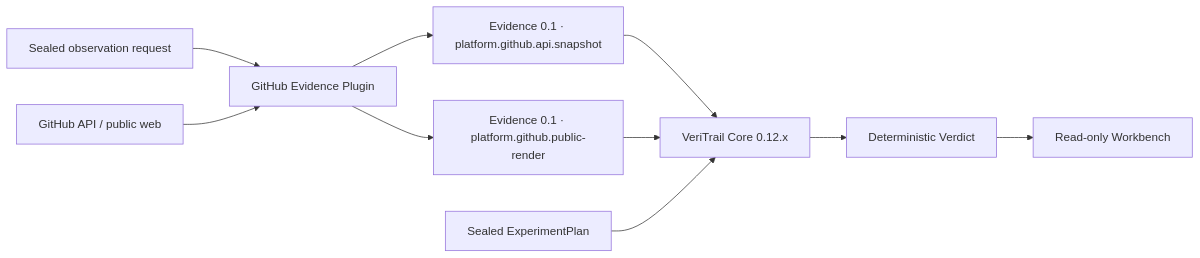
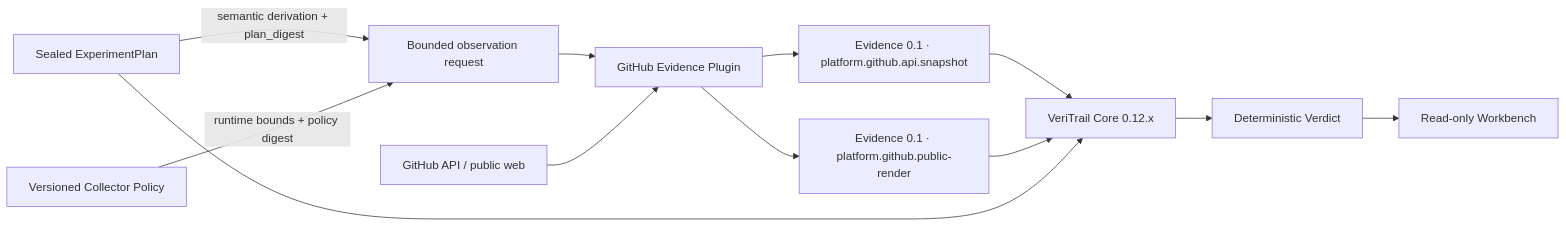
Before and after one commit to NoctilumeDev/VeriTrail: the diagram in docs/77-post-core-platform-plugin-plan.md, drawn with Mermaid. The commit also changed other lines of this file and 5 other files, not shown here.

````diff
--- a/docs/77-post-core-platform-plugin-plan.md
+++ b/docs/77-post-core-platform-plugin-plan.md
@@ -29,12 +29,14 @@
 ```mermaid
 flowchart LR
-    Request["Sealed observation request"] --> Plugin["GitHub Evidence Plugin"]
+    Plan["Sealed ExperimentPlan"] -->|"semantic derivation + plan_digest"| Request["Bounded observation request"]
+    Policy["Versioned Collector Policy"] -->|"runtime bounds + policy digest"| Request
+    Request --> Plugin["GitHub Evidence Plugin"]
     GitHub["GitHub API / public web"] --> Plugin
     Plugin --> ApiEvidence["Evidence 0.1 · platform.github.api.snapshot"]
     Plugin --> RenderEvidence["Evidence 0.1 · platform.github.public-render"]
     ApiEvidence --> Core["VeriTrail Core 0.12.x"]
     RenderEvidence --> Core
-    Plan["Sealed ExperimentPlan"] --> Core
+    Plan --> Core
     Core --> Verdict["Deterministic Verdict"]
     Verdict --> Workbench["Read-only Workbench"]
 ```
````
